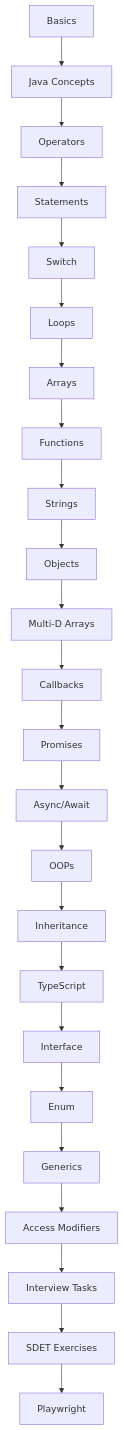
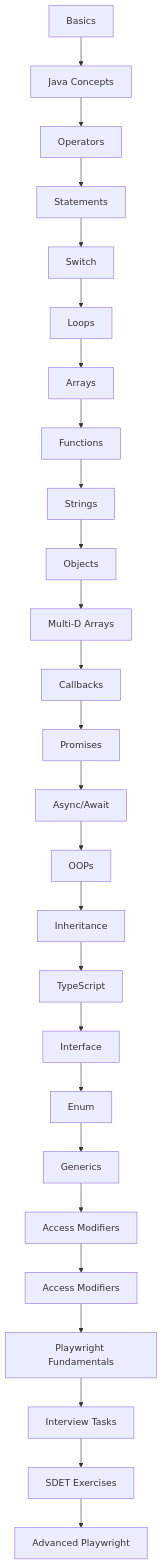
The diagram in README.md (SathishQASelenium/LearningPlaywright), drawn with Mermaid before and after one commit. The commit also changed other lines of this file, not shown here.

First line of the commit message:
docs: update README to include Playwright Fundamentals chapter

````diff
--- a/README.md
+++ b/README.md
@@ -54,8 +55,8 @@
 ```mermaid
 graph TD
     A[Basics] --> B[Java Concepts] --> C[Operators] --> D[Statements] --> E[Switch] --> F[Loops]
     F --> G[Arrays] --> H[Functions] --> I[Strings] --> J[Objects] --> K[Multi-D Arrays]
     K --> L[Callbacks] --> M[Promises] --> N[Async/Await]
     N --> O[OOPs] --> P[Inheritance] --> Q[TypeScript] --> R[Interface] --> S[Enum] --> T[Generics] --> U[Access Modifiers]
-    U --> V[Interview Tasks] --> W[SDET Exercises] --> X[Playwright]
+    U --> V[Access Modifiers] --> W[Playwright Fundamentals] --> X[Interview Tasks] --> Y[SDET Exercises] --> Z[Advanced Playwright]
 ```
````
